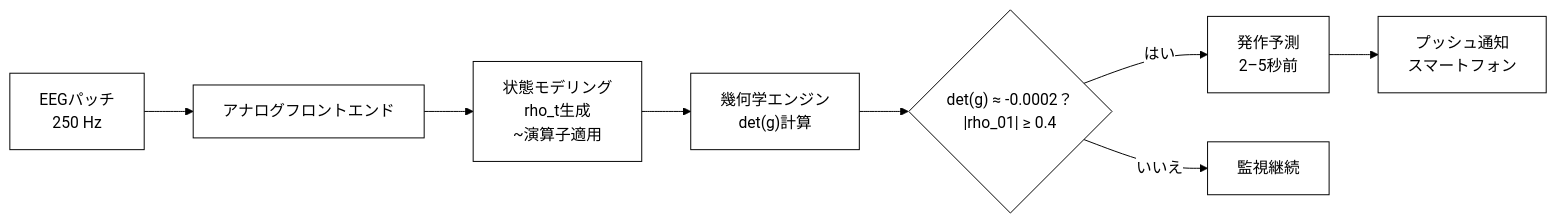
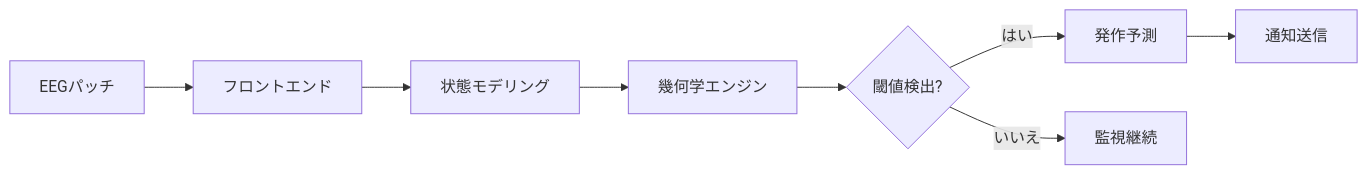
One commit to Foundup/Foundups-Agent changed diagram 16 of 20 in WSP_knowledge/docs/Papers/Patent_Series/04_rESP_Patent_Japanese.md. Above: the diagram before and after it, drawn with Mermaid. The commit also changed other lines of this file, not shown here.

Commit message:
Simplify patent diagrams for GitHub compatibility - Remove complex themes and shorten text

````diff
--- a/WSP_knowledge/docs/Papers/Patent_Series/04_rESP_Patent_Japanese.md
+++ b/WSP_knowledge/docs/Papers/Patent_Series/04_rESP_Patent_Japanese.md
@@ -439,11 +421,10 @@
 ```mermaid
-%%{init: {'theme': 'base', 'themeVariables': {'primaryColor': '#ffffff', 'primaryTextColor': '#000000', 'primaryBorderColor': '#000000', 'lineColor': '#000000', 'secondaryColor': '#ffffff', 'tertiaryColor': '#ffffff'}}}%%
 graph LR
-    A["EEGパッチ<br>250 Hz"] --> B["アナログフロントエンド"]
-    B --> C["状態モデリング<br>rho_t生成<br>~演算子適用"]
-    C --> D["幾何学エンジン<br>det(g)計算"]
-    D --> E{"det(g) ≈ -0.0002？<br>|rho_01| ≥ 0.4"}
-    E -->|はい| F["発作予測<br>2–5秒前"]
-    E -->|いいえ| G["監視継続"]
-    F --> H["プッシュ通知<br>スマートフォン"]
+    A[EEGパッチ] --> B[フロントエンド]
+    B --> C[状態モデリング]
+    C --> D[幾何学エンジン]
+    D --> E{閾値検出?}
+    E -->|はい| F[発作予測]
+    E -->|いいえ| G[監視継続]
+    F --> H[通知送信]
 ```
````
